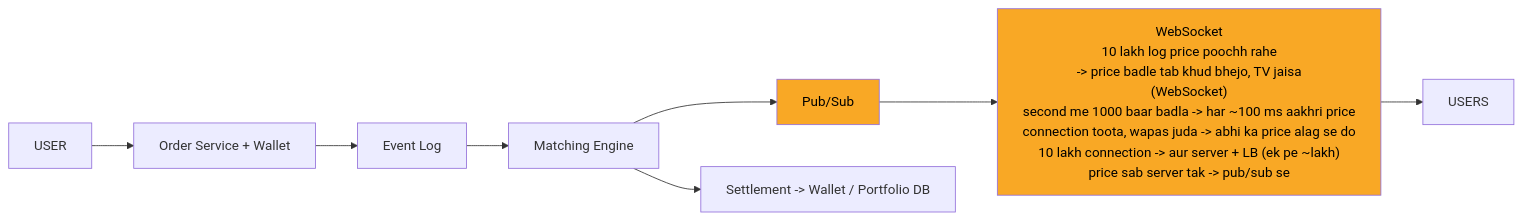
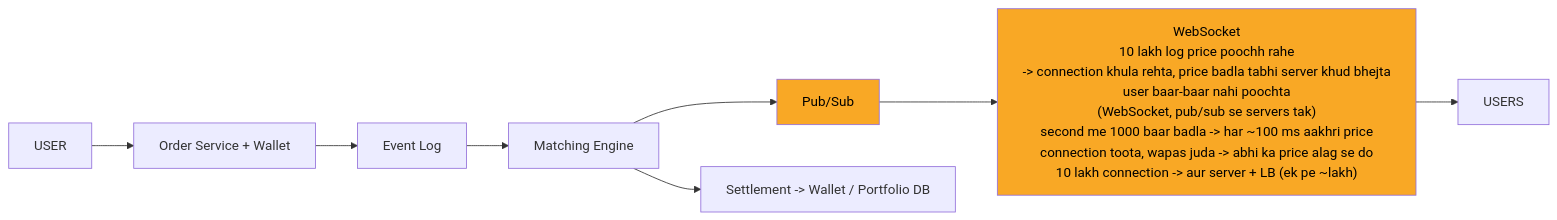
The ninth of 10 diagrams in 04_HLD/SYSTEM_DESIGNS/05_stock_broker_trading/05_stock_broker_trading.md (ArpanMaheshwari144/Prep), drawn with Mermaid before and after one commit. The commit also changed other lines of this file and 13 other files, not shown here.

````diff
--- a/04_HLD/SYSTEM_DESIGNS/05_stock_broker_trading/05_stock_broker_trading.md
+++ b/04_HLD/SYSTEM_DESIGNS/05_stock_broker_trading/05_stock_broker_trading.md
@@ -359,21 +363,21 @@
 ```mermaid
 %%{init: {"flowchart": {"wrappingWidth": 450}}}%%
 flowchart LR
     n_USER["USER"]
     n_OW["Order Service + Wallet"]
     n_Event_Log["Event Log"]
     n_Matching_Engine["Matching Engine"]
     n_Pub_Sub["Pub/Sub"]
-    n_WebSocket["WebSocket<br/>10 lakh log price poochh rahe<br/>-> price badle tab khud bhejo, TV jaisa<br/>(WebSocket)<br/>second me 1000 baar badla -> har ~100 ms aakhri price<br/>connection toota, wapas juda -> abhi ka price alag se do<br/>10 lakh connection -> aur server + LB (ek pe ~lakh)<br/>price sab server tak -> pub/sub se"]
+    n_WebSocket["WebSocket<br/>10 lakh log price poochh rahe<br/>-> connection khula rehta, price badla tabhi server khud bhejta<br/>user baar-baar nahi poochta<br/>(WebSocket, pub/sub se servers tak)<br/>second me 1000 baar badla -> har ~100 ms aakhri price<br/>connection toota, wapas juda -> abhi ka price alag se do<br/>10 lakh connection -> aur server + LB (ek pe ~lakh)"]
     n_USERS["USERS"]
     n_SET["Settlement -> Wallet / Portfolio DB"]
     n_USER --> n_OW
     n_OW --> n_Event_Log
     n_Event_Log --> n_Matching_Engine
     n_Matching_Engine --> n_SET
     n_Matching_Engine --> n_Pub_Sub
     n_Pub_Sub --> n_WebSocket
     n_WebSocket --> n_USERS
     style n_Pub_Sub fill:#f9a825,color:#000
     style n_WebSocket fill:#f9a825,color:#000
 ```
````
